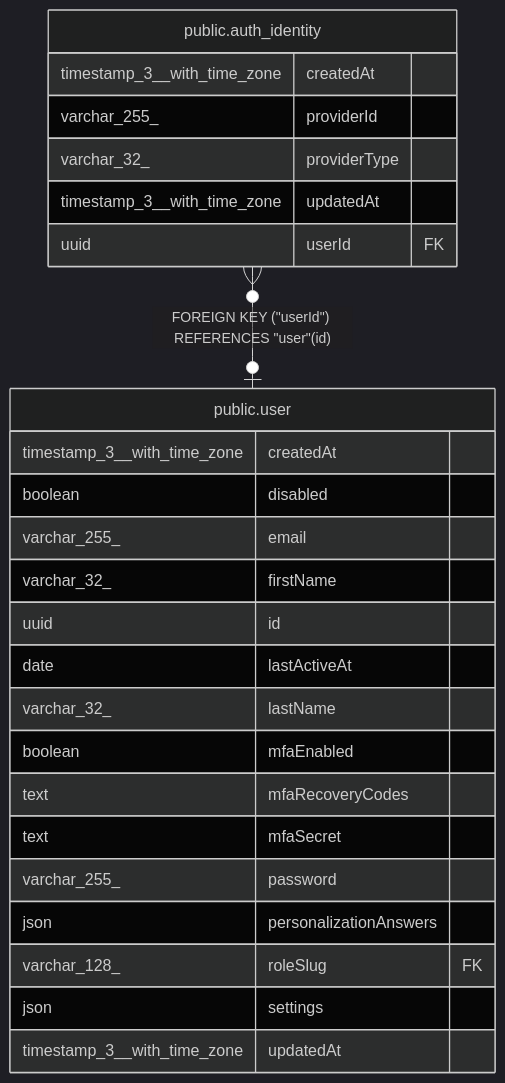
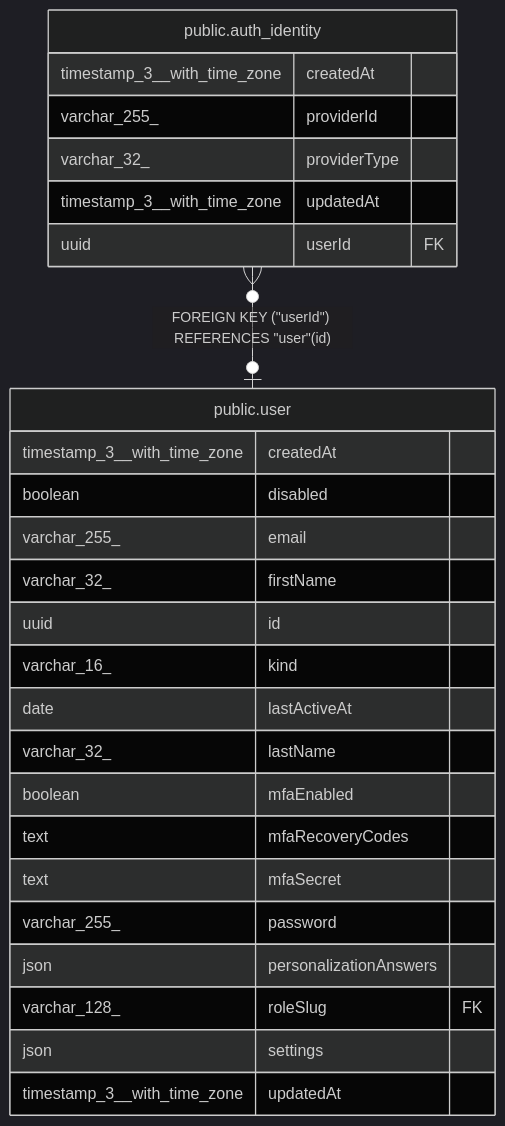
One commit to koreatest12/studys changed the diagram in n8n_integration/n8n_source/docs/generated/postgres-schema/public.auth_identity.md. Above: the diagram before and after it, drawn with Mermaid (dark theme). The commit also changed 23019 other files, not shown here.

````diff
--- a/n8n_integration/n8n_source/docs/generated/postgres-schema/public.auth_identity.md
+++ b/n8n_integration/n8n_source/docs/generated/postgres-schema/public.auth_identity.md
@@ -32,30 +32,31 @@
 ```mermaid
 erDiagram
 
 "public.auth_identity" }o--o| "public.user" : "FOREIGN KEY (#quot;userId#quot;) REFERENCES #quot;user#quot;(id)"
 
 "public.auth_identity" {
   timestamp_3__with_time_zone createdAt
   varchar_255_ providerId
   varchar_32_ providerType
   timestamp_3__with_time_zone updatedAt
   uuid userId FK
 }
 "public.user" {
   timestamp_3__with_time_zone createdAt
   boolean disabled
   varchar_255_ email
   varchar_32_ firstName
   uuid id
+  varchar_16_ kind
   date lastActiveAt
   varchar_32_ lastName
   boolean mfaEnabled
   text mfaRecoveryCodes
   text mfaSecret
   varchar_255_ password
   json personalizationAnswers
   varchar_128_ roleSlug FK
   json settings
   timestamp_3__with_time_zone updatedAt
 }
 ```
````
